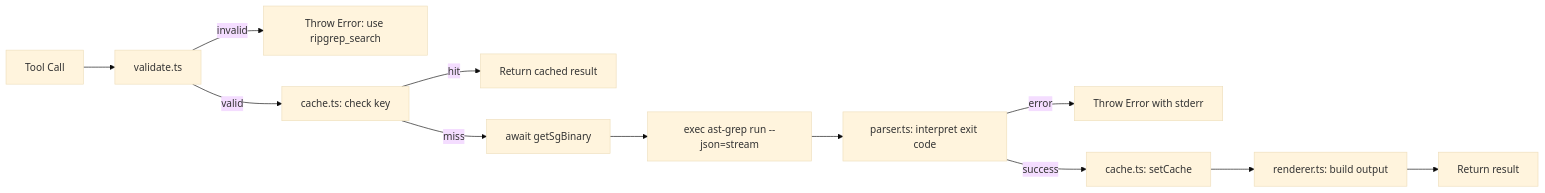
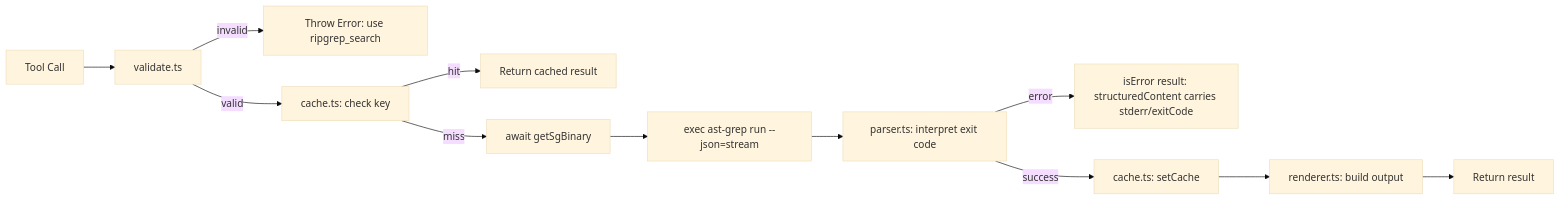
One commit to SchneiderDaniel/cheasee-pi changed the diagram in .pi/extensions/structural-analyzer/README.md. Above: the diagram before and after it, drawn with Mermaid (base theme). The commit also changed other lines of this file and 8 other files, not shown here.

````diff
--- a/.pi/extensions/structural-analyzer/README.md
+++ b/.pi/extensions/structural-analyzer/README.md
@@ -99,14 +101,14 @@
 ```mermaid
 flowchart LR
     A[Tool Call] --> B[validate.ts]
     B -- invalid --> C[Throw Error: use ripgrep_search]
     B -- valid --> D[cache.ts: check key]
     D -- hit --> E[Return cached result]
     D -- miss --> F[await getSgBinary]
     F --> G[exec ast-grep run --json=stream]
     G --> H[parser.ts: interpret exit code]
-    H -- error --> I[Throw Error with stderr]
+    H -- error --> I[isError result: structuredContent carries stderr/exitCode]
     H -- success --> J[cache.ts: setCache]
     J --> K[renderer.ts: build output]
     K --> L[Return result]
 ```
````
